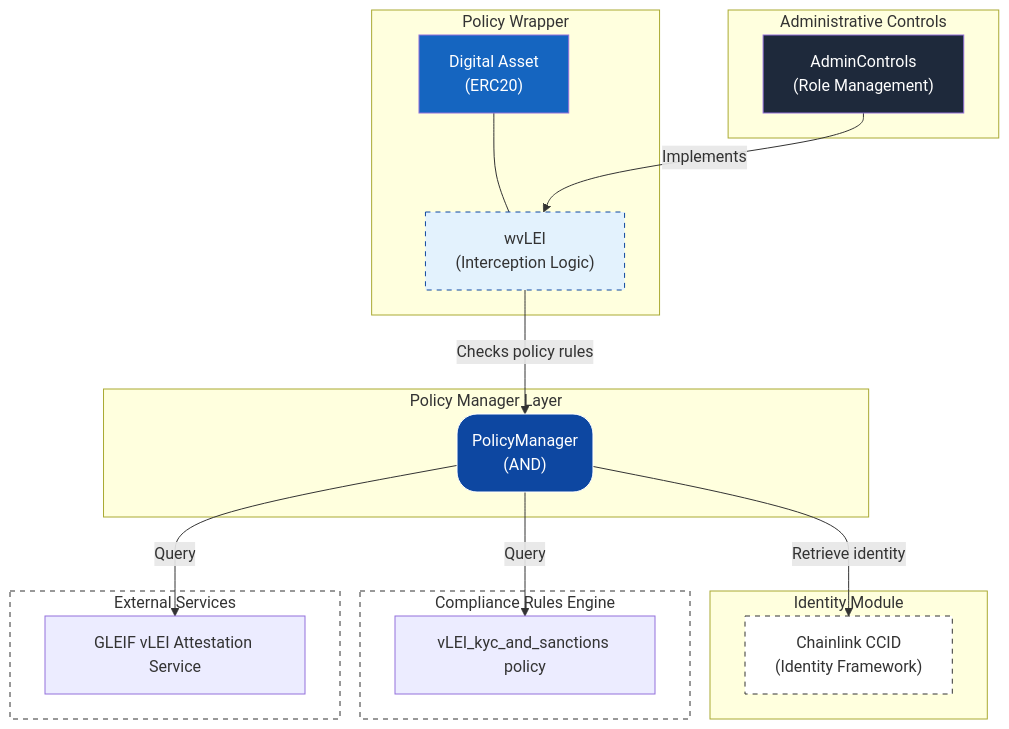
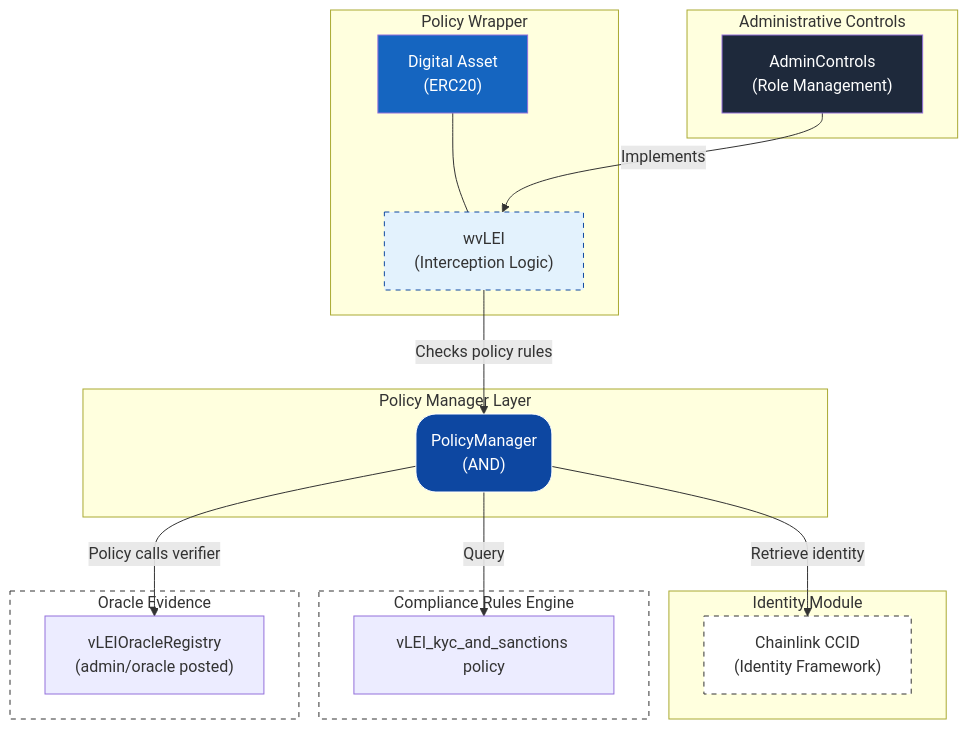
The diagram in README.md (GLEIF-IT/vlei-comply), drawn with Mermaid before and after one commit. The commit also changed other lines of this file and 37 other files, not shown here.

Commit message:
add initial vLEI Oracle architecture with permissive dev policy

````diff
--- a/README.md
+++ b/README.md
@@ -13,46 +28,46 @@
 ```mermaid
 graph TB
     subgraph "Policy Wrapper"
         Asset["Digital Asset<br/>(ERC20)"]
         Wrapper["wvLEI<br/>(Interception Logic)"]
     end
     
     subgraph "Administrative Controls"
         Admin["AdminControls<br/>(Role Management)"]
     end
     
     subgraph "Policy Manager Layer"
         PM("PolicyManager<br/>(AND)")
     end
     
     subgraph "Identity Module"
         IdFramework["Chainlink CCID<br/>(Identity Framework)"]
     end
     
     subgraph ComplianceRulesEngine["Compliance Rules Engine"]
         Policy_vLEI["vLEI_kyc_and_sanctions policy"]
     end
     
-    subgraph ExternalServices["External Services"]
-        Service_GLEIF["GLEIF vLEI Attestation Service"]
+    subgraph ExternalServices["Oracle Evidence"]
+        Service_GLEIF["vLEIOracleRegistry<br/>(admin/oracle posted)"]
     end
     
     %% Main Flow
     Asset --- Wrapper
     Wrapper -->|"Checks policy rules"| PM
     Admin -->|"Implements"| Wrapper
     
     %% Orchestration
     PM -->|"Retrieve identity"| IdFramework
-    PM -->|"Query"| Service_GLEIF
+    PM -->|"Policy calls verifier"| Service_GLEIF
     PM -->|"Query"| Policy_vLEI
     
     %% Styles
     style PM fill:#0d47a1,color:#fff,stroke:#fff,shape:rect,rx:20,ry:20
     style Admin fill:#1e293b,color:#fff
     style Wrapper fill:#e3f2fd,stroke:#0d47a1,stroke-dasharray: 5 5
     style Asset fill:#1565c0,color:#fff
     style IdFramework fill:#fff,stroke:#333,stroke-dasharray: 5 5
     style ComplianceRulesEngine fill:#fff,stroke:#333,stroke-dasharray: 5 5
     style ExternalServices fill:#fff,stroke:#333,stroke-dasharray: 5 5
 ```
````
